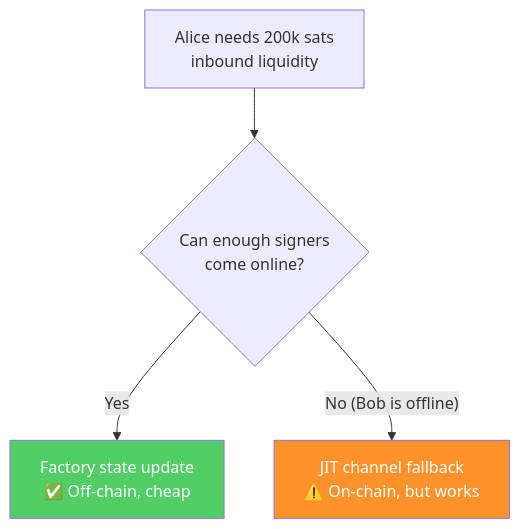
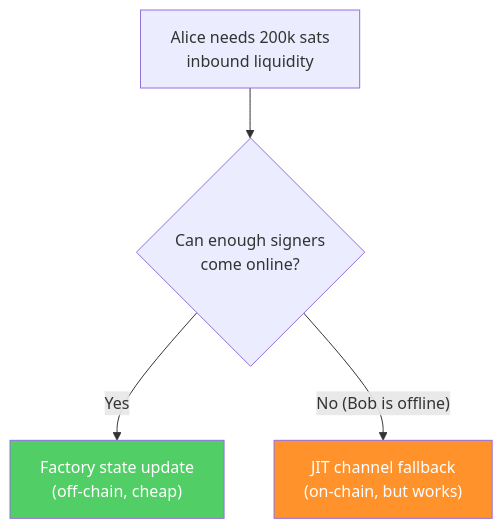
One commit to 8144225309/superscalar-docs changed the first of 3 diagrams in extensions/jit-channel-fallbacks.md. Above: the diagram before and after it, drawn with Mermaid. The commit also changed other lines of this file and 31 other files, not shown here.

````diff
--- a/extensions/jit-channel-fallbacks.md
+++ b/extensions/jit-channel-fallbacks.md
@@ -9,10 +9,10 @@
 ```mermaid
 flowchart TD
     R["Alice needs 200k sats<br/>inbound liquidity"]
     R --> T{"Can enough signers<br/>come online?"}
-    T -->|"Yes"| F["Factory state update<br/>✅ Off-chain, cheap"]
-    T -->|"No (Bob is offline)"| J["JIT channel fallback<br/>⚠️ On-chain, but works"]
+    T -->|"Yes"| F["Factory state update<br/>(off-chain, cheap)"]
+    T -->|"No (Bob is offline)"| J["JIT channel fallback<br/>(on-chain, but works)"]
 
     style F fill:#51cf66,color:#fff
     style J fill:#ff922b,color:#fff
 ```
````
